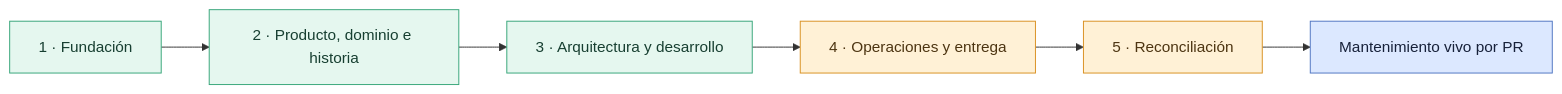
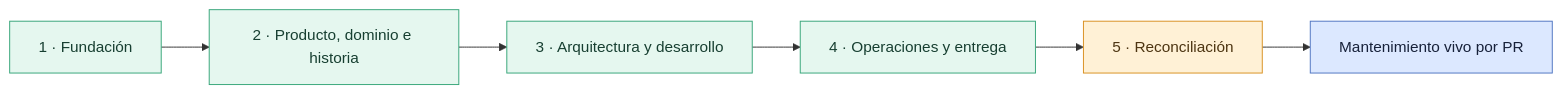
The diagram in Vault/00-inicio/roadmap-del-vault.md (ErickEduardo027/ELEVANT), drawn with Mermaid before and after one commit. The commit also changed other lines of this file and 31 other files, not shown here.

````diff
--- a/Vault/00-inicio/roadmap-del-vault.md
+++ b/Vault/00-inicio/roadmap-del-vault.md
@@ -34,15 +37,15 @@
 ```mermaid
 flowchart LR
     F[1 · Fundación] --> P[2 · Producto, dominio e historia]
     P --> A[3 · Arquitectura y desarrollo]
     A --> O[4 · Operaciones y entrega]
     O --> R[5 · Reconciliación]
     R --> L[Mantenimiento vivo por PR]
 
     classDef done fill:#e5f7ef,color:#173f31,stroke:#36a579;
     classDef next fill:#fff1d6,color:#4d3512,stroke:#d99021;
     classDef living fill:#dce8ff,color:#17213a,stroke:#4f75c2;
-    class F,P,A done;
-    class O,R next;
+    class F,P,A,O done;
+    class R next;
     class L living;
 ```
````
